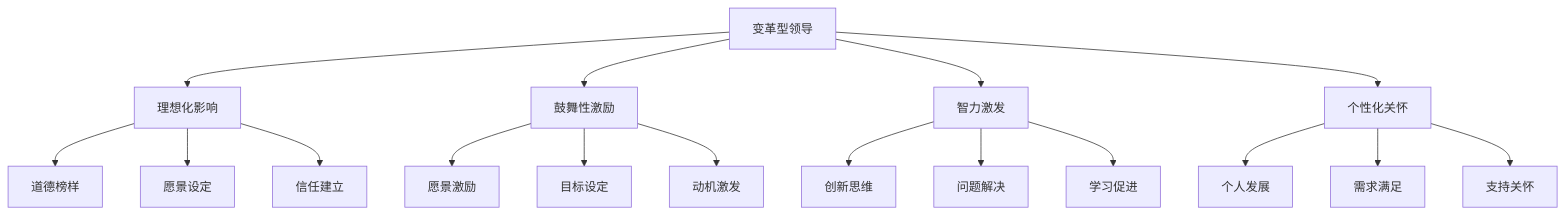
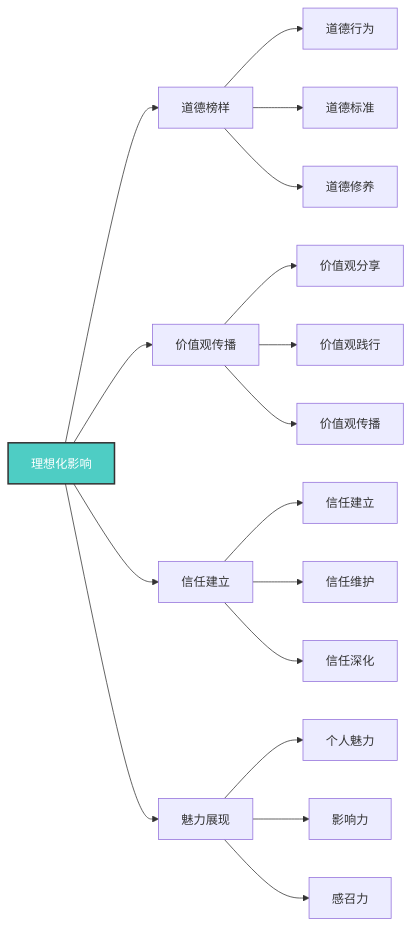
Before and after one commit to Anping2017/obsidian: the third of 8 diagrams in 企业领导力/02-理论理解层/现代领导理论/01-变革型领导.md, drawn with Mermaid. The commit also changed other lines of this file and 8 other files, not shown here.

````diff
--- a/企业领导力/02-理论理解层/现代领导理论/01-变革型领导.md
+++ b/企业领导力/02-理论理解层/现代领导理论/01-变革型领导.md
@@ -53,23 +74,25 @@
 ```mermaid
-graph TD
-    A[变革型领导] --> B[理想化影响]
-    A --> C[鼓舞性激励]
-    A --> D[智力激发]
-    A --> E[个性化关怀]
+graph LR
+    A[理想化影响] --> B[道德榜样]
+    A --> C[价值观传播]
+    A --> D[信任建立]
+    A --> E[魅力展现]
     
-    B --> B1[道德榜样]
-    B --> B2[愿景设定]
-    B --> B3[信任建立]
+    B --> B1[道德行为]
+    B --> B2[道德标准]
+    B --> B3[道德修养]
     
-    C --> C1[愿景激励]
-    C --> C2[目标设定]
-    C --> C3[动机激发]
+    C --> C1[价值观分享]
+    C --> C2[价值观践行]
+    C --> C3[价值观传播]
     
-    D --> D1[创新思维]
-    D --> D2[问题解决]
-    D --> D3[学习促进]
+    D --> D1[信任建立]
+    D --> D2[信任维护]
+    D --> D3[信任深化]
     
-    E --> E1[个人发展]
-    E --> E2[需求满足]
-    E --> E3[支持关怀]
+    E --> E1[个人魅力]
+    E --> E2[影响力]
+    E --> E3[感召力]
+    
+    style A fill:#4ecdc4,stroke:#333,stroke-width:2px,color:#fff
 ```
````
